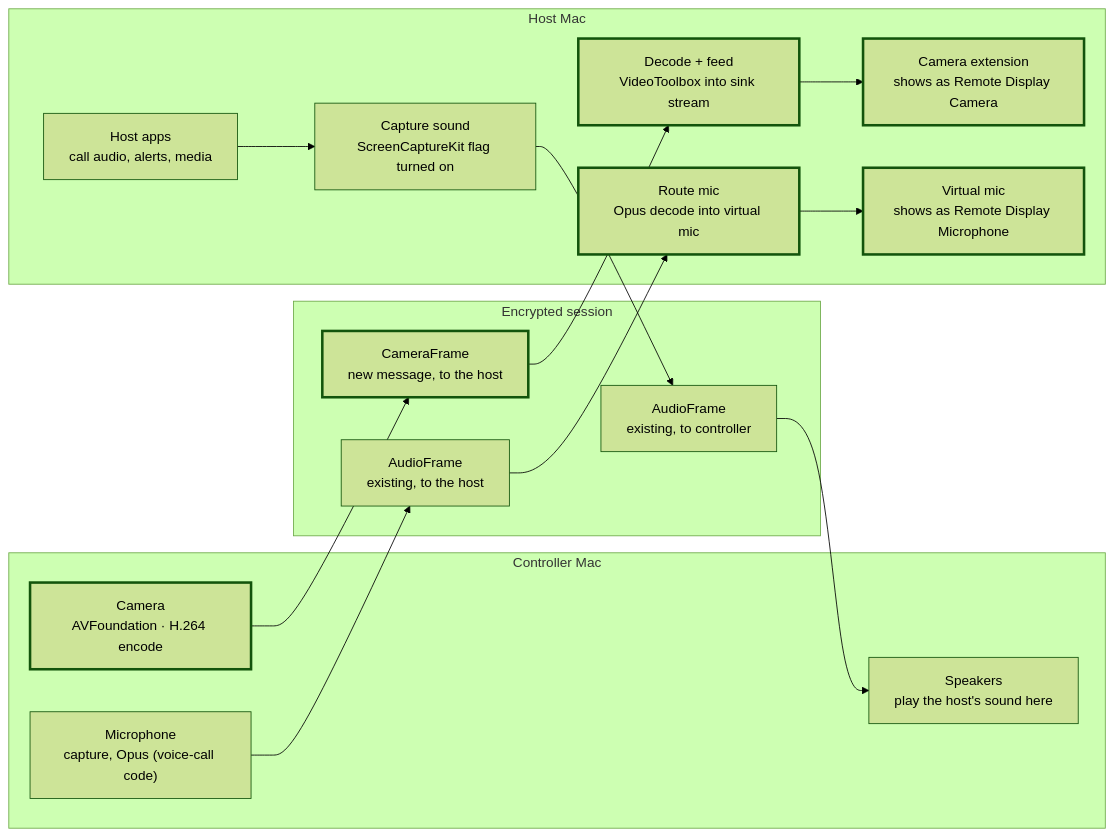
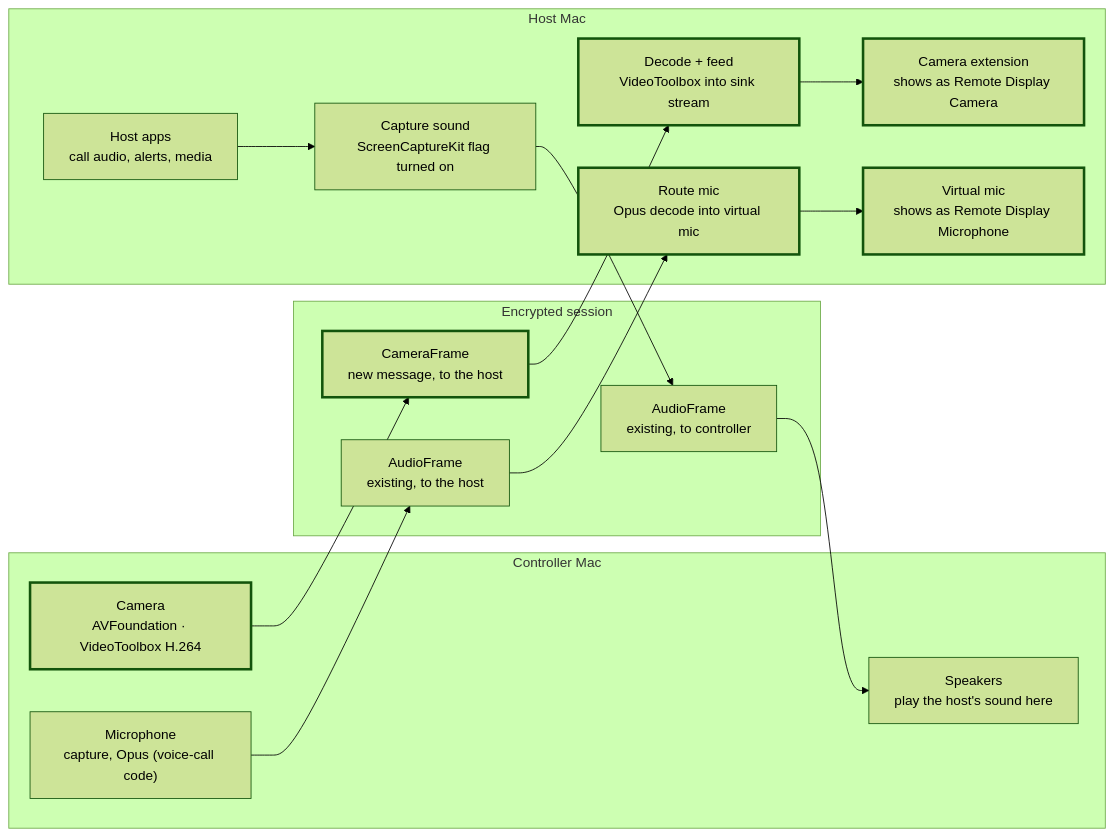
The diagram in docs/specs/camera-audio-forwarding.md (p-aq/remotedisplay), drawn with Mermaid (forest theme) before and after one commit. The commit also changed other lines of this file, not shown here.

First line of the commit message:
docs(spec): encode the camera with VTCompressionSession, fix the wire format

````diff
--- a/docs/specs/camera-audio-forwarding.md
+++ b/docs/specs/camera-audio-forwarding.md
@@ -86,25 +86,25 @@
 ```mermaid
 flowchart LR
   subgraph C["Controller Mac"]
-    cam["Camera<br/>AVFoundation · H.264 encode"]:::new
+    cam["Camera<br/>AVFoundation · VideoToolbox H.264"]:::new
     mic["Microphone<br/>capture, Opus (voice-call code)"]
     spk["Speakers<br/>play the host's sound here"]
   end
   subgraph S["Encrypted session"]
     cf["CameraFrame<br/>new message, to the host"]:::new
     af1["AudioFrame<br/>existing, to the host"]
     af2["AudioFrame<br/>existing, to controller"]
   end
   subgraph H["Host Mac"]
     feed["Decode + feed<br/>VideoToolbox into sink stream"]:::new
     ext["Camera extension<br/>shows as Remote Display Camera"]:::new
     route["Route mic<br/>Opus decode into virtual mic"]:::new
     vmic["Virtual mic<br/>shows as Remote Display Microphone"]:::new
     snd["Capture sound<br/>ScreenCaptureKit flag turned on"]
     apps["Host apps<br/>call audio, alerts, media"]
   end
   cam --> cf --> feed --> ext
   mic --> af1 --> route --> vmic
   apps --> snd --> af2 --> spk
   classDef new stroke-width:3px
 ```
````
